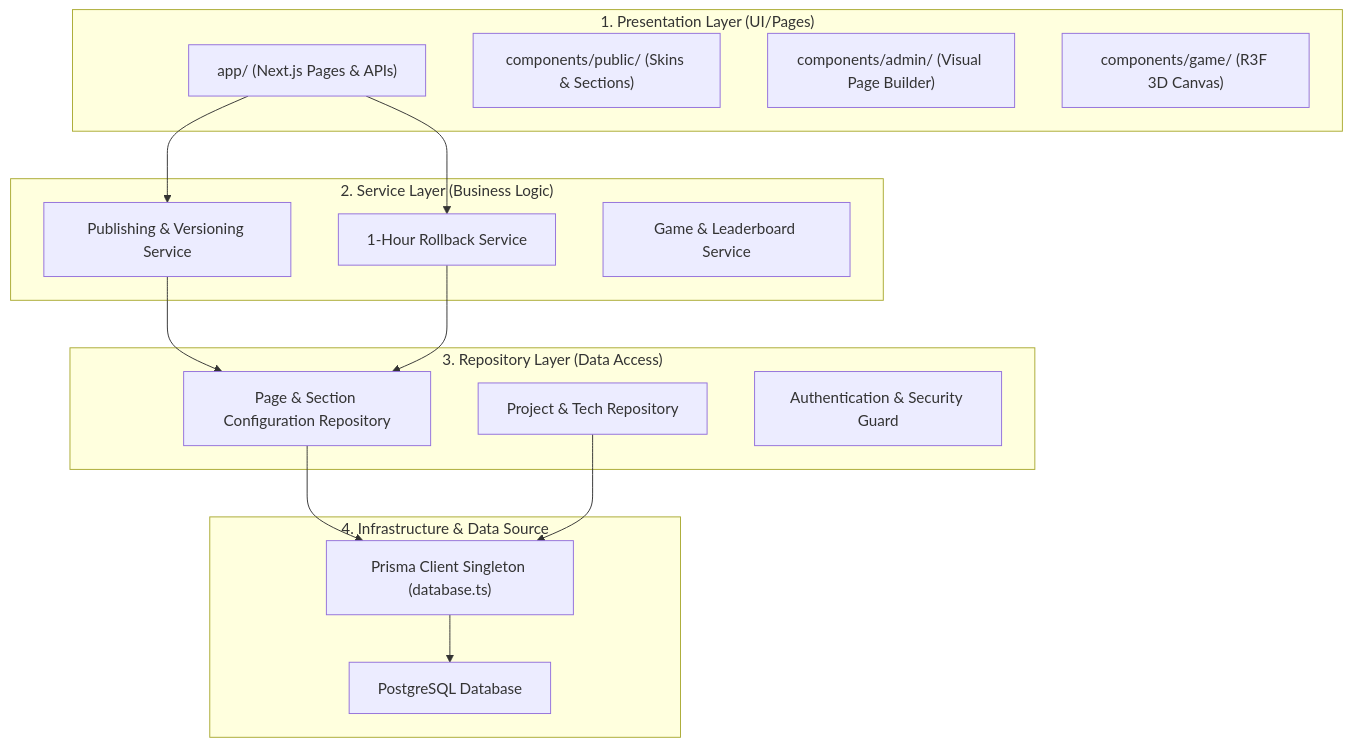
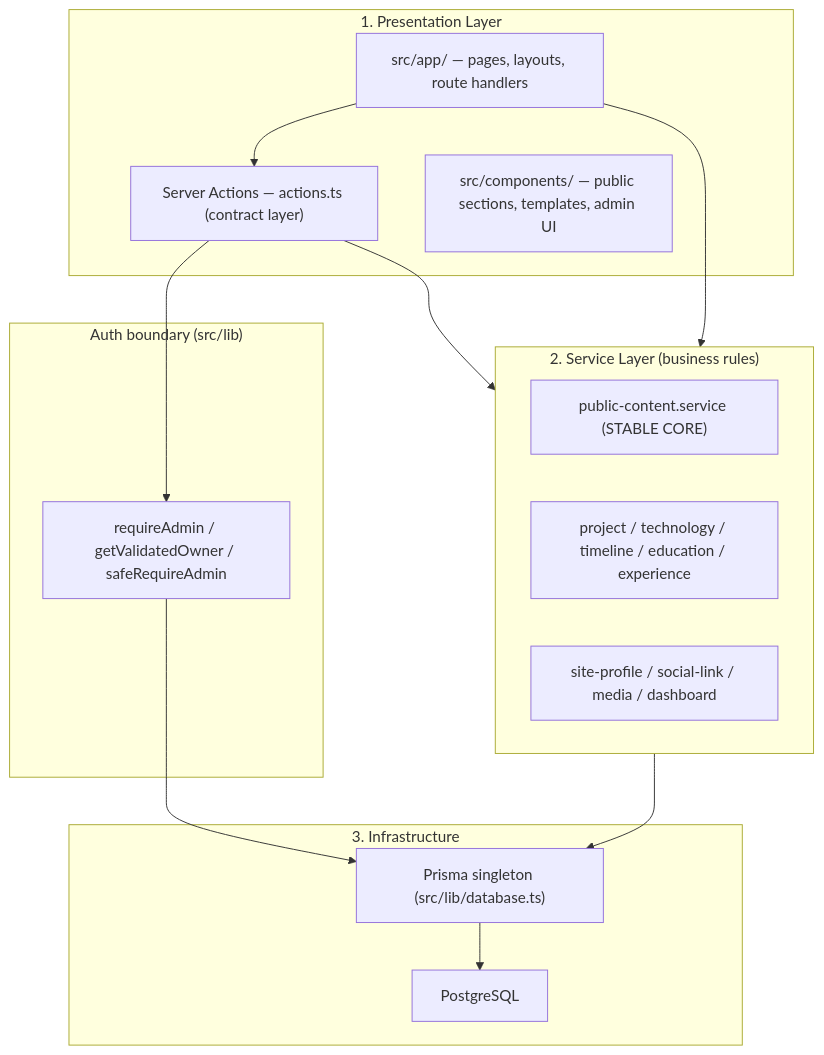
The diagram in architecture.md (IhsanMhd-mr/portfolio), drawn with Mermaid before and after one commit. The commit also changed other lines of this file and 118 other files, not shown here.

````diff
--- a/architecture.md
+++ b/architecture.md
@@ -11,39 +12,31 @@
 ```mermaid
 graph TD
-    %% Presentation Layer
-    subgraph Presentation ["1. Presentation Layer (UI/Pages)"]
-        Pages["app/ (Next.js Pages & APIs)"]
-        PublicComp["components/public/ (Skins & Sections)"]
-        AdminComp["components/admin/ (Visual Page Builder)"]
-        GameComp["components/game/ (R3F 3D Canvas)"]
+    subgraph Presentation ["1. Presentation Layer"]
+        Pages["src/app/ — pages, layouts, route handlers"]
+        Actions["Server Actions — actions.ts (contract layer)"]
+        Components["src/components/ — public sections, templates, admin UI"]
     end
 
-    %% Service Layer
-    subgraph Services ["2. Service Layer (Business Logic)"]
-        PubService["Publishing & Versioning Service"]
-        RollbackService["1-Hour Rollback Service"]
-        GameService["Game & Leaderboard Service"]
+    subgraph Services ["2. Service Layer (business rules)"]
+        PublicContent["public-content.service (STABLE CORE)"]
+        Domain["project / technology / timeline / education / experience"]
+        Singletons["site-profile / social-link / media / dashboard"]
     end
 
-    %% Repository Layer
-    subgraph Repositories ["3. Repository Layer (Data Access)"]
-        ProjectRepo["Project & Tech Repository"]
-        PageRepo["Page & Section Configuration Repository"]
-        AuthService["Authentication & Security Guard"]
+    subgraph AuthBoundary ["Auth boundary (src/lib)"]
+        RequireAdmin["requireAdmin / getValidatedOwner / safeRequireAdmin"]
     end
 
-    %% Infrastructure & Data Source
-    subgraph Infra ["4. Infrastructure & Data Source"]
-        PrismaDb["Prisma Client Singleton (database.ts)"]
-        Postgres["PostgreSQL Database"]
+    subgraph Infra ["3. Infrastructure"]
+        PrismaDb["Prisma singleton (src/lib/database.ts)"]
+        Postgres["PostgreSQL"]
     end
 
-    %% Flow of control
-    Pages --> PubService
-    Pages --> RollbackService
-    PubService --> PageRepo
-    RollbackService --> PageRepo
-    PageRepo --> PrismaDb
-    ProjectRepo --> PrismaDb
+    Pages --> Actions
+    Actions --> RequireAdmin
+    Actions --> Services
+    Pages --> Services
+    Services --> PrismaDb
+    RequireAdmin --> PrismaDb
     PrismaDb --> Postgres
 ```
````
